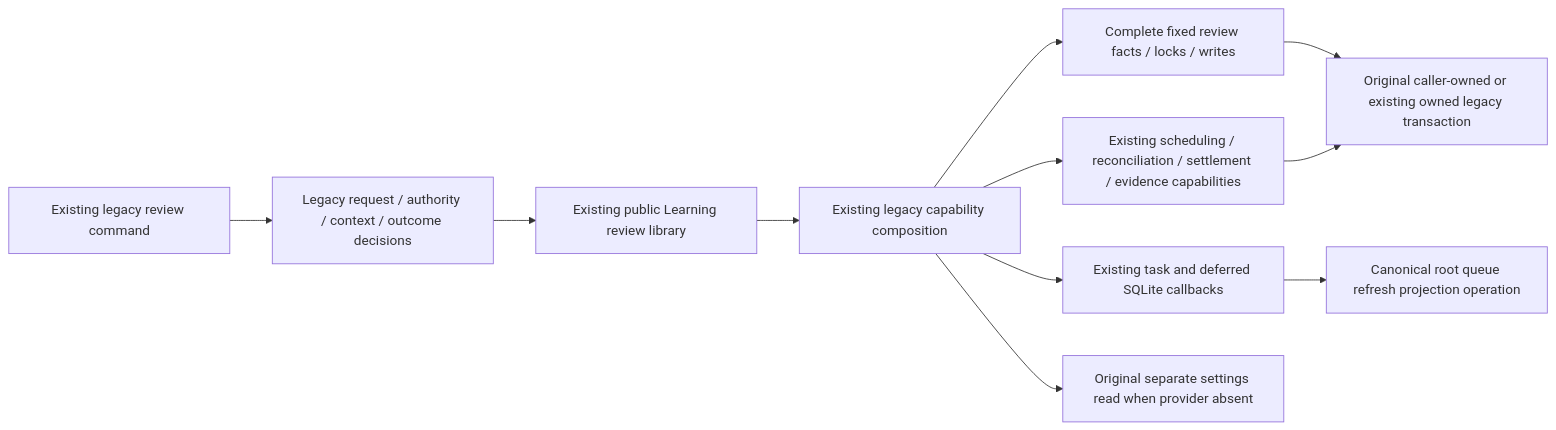
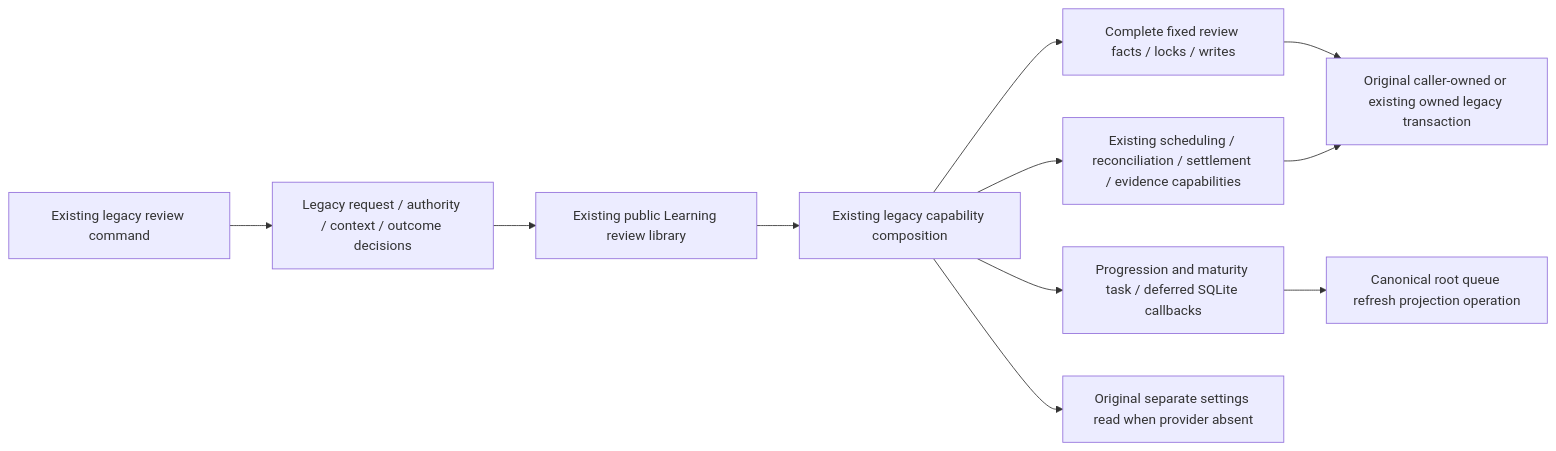
The first of 2 diagrams in database/tempo_legacy_database/adapters/learning_bridge/README.md (aaweaver-actuary/tempo), drawn with Mermaid before and after one commit. The commit also changed other lines of this file and 4 other files, not shown here.

````diff
--- a/database/tempo_legacy_database/adapters/learning_bridge/README.md
+++ b/database/tempo_legacy_database/adapters/learning_bridge/README.md
@@ -5,13 +5,13 @@
 ```mermaid
 flowchart LR
   caller[Existing legacy review command] --> app[Legacy request / authority / context / outcome decisions]
   app --> contract[Existing public Learning review library]
   contract --> adapter[Existing legacy capability composition]
   adapter --> storage[Complete fixed review facts / locks / writes]
   adapter --> scheduling[Existing scheduling / reconciliation / settlement / evidence capabilities]
-  adapter --> followup[Existing task and deferred SQLite callbacks]
+  adapter --> followup[Progression and maturity task / deferred SQLite callbacks]
   storage --> transaction[Original caller-owned or existing owned legacy transaction]
   scheduling --> transaction
   followup --> projection[Canonical root queue refresh projection operation]
   adapter --> settings[Original separate settings read when provider absent]
 ```
````
